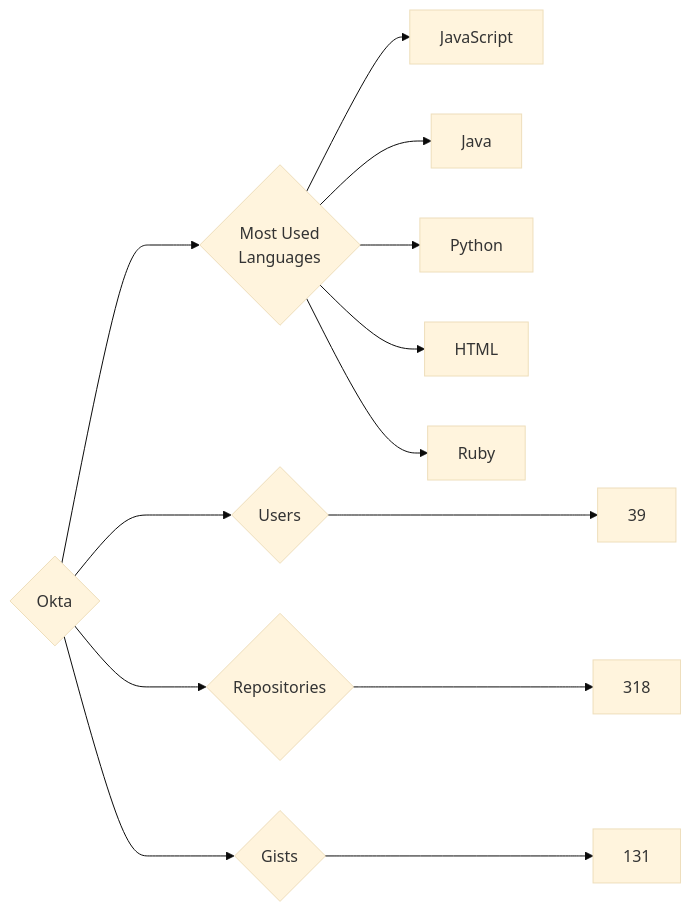
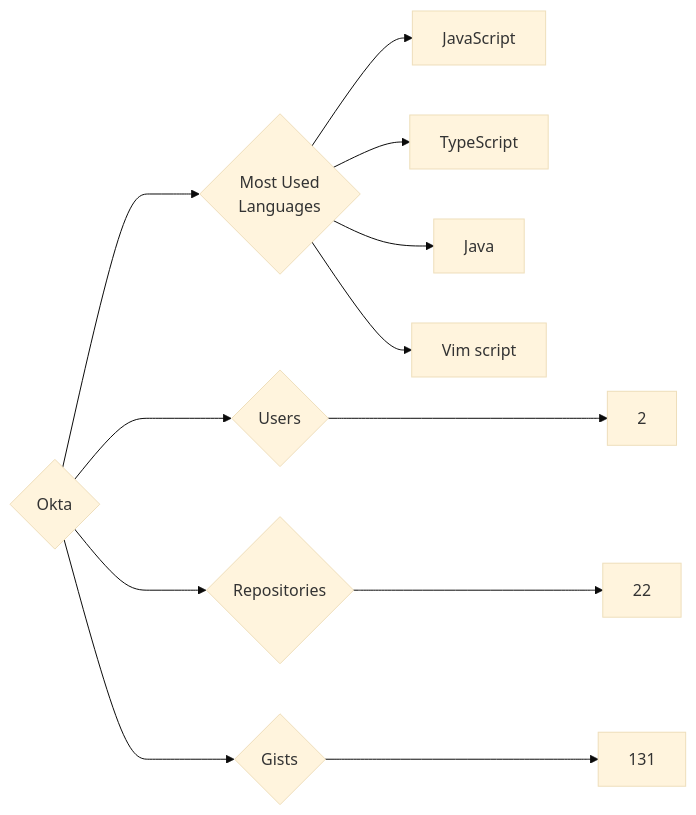
The diagram in targets/Okta/README.md (trickest/insiders), drawn with Mermaid (base theme) before and after one commit. The commit also changed 955 other files, not shown here.

````diff
--- a/targets/Okta/README.md
+++ b/targets/Okta/README.md
@@ -3,13 +3,12 @@
 ```mermaid
 graph LR
 COMPANY_NAME{Okta}
-COMPANY_NAME ---> U{Users} ---> UN[39]
-COMPANY_NAME ---> R{Repositories} ---> RN[318]
+COMPANY_NAME ---> U{Users} ---> UN[2]
+COMPANY_NAME ---> R{Repositories} ---> RN[22]
 COMPANY_NAME ---> G{Gists} ---> GN[131]
 COMPANY_NAME ---> ML{Most Used<br>Languages}
 ML --> JavaScript[JavaScript]
+ML --> TypeScript[TypeScript]
 ML --> Java[Java]
-ML --> Python[Python]
-ML --> HTML[HTML]
-ML --> Ruby[Ruby]
+ML --> Vim_script[Vim script]
 ```
````
